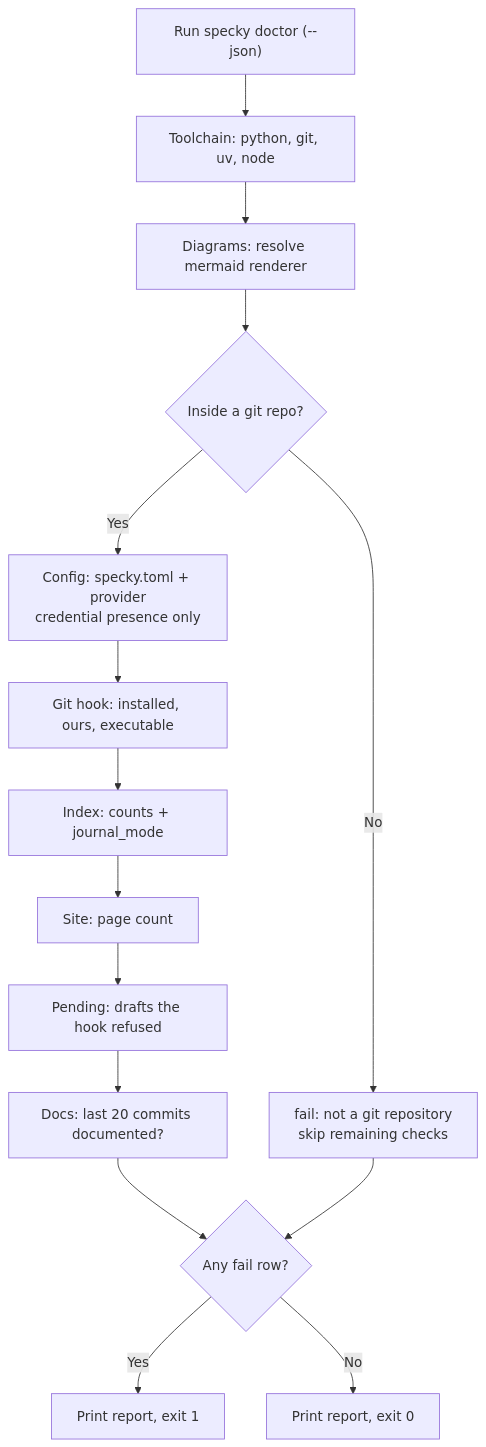
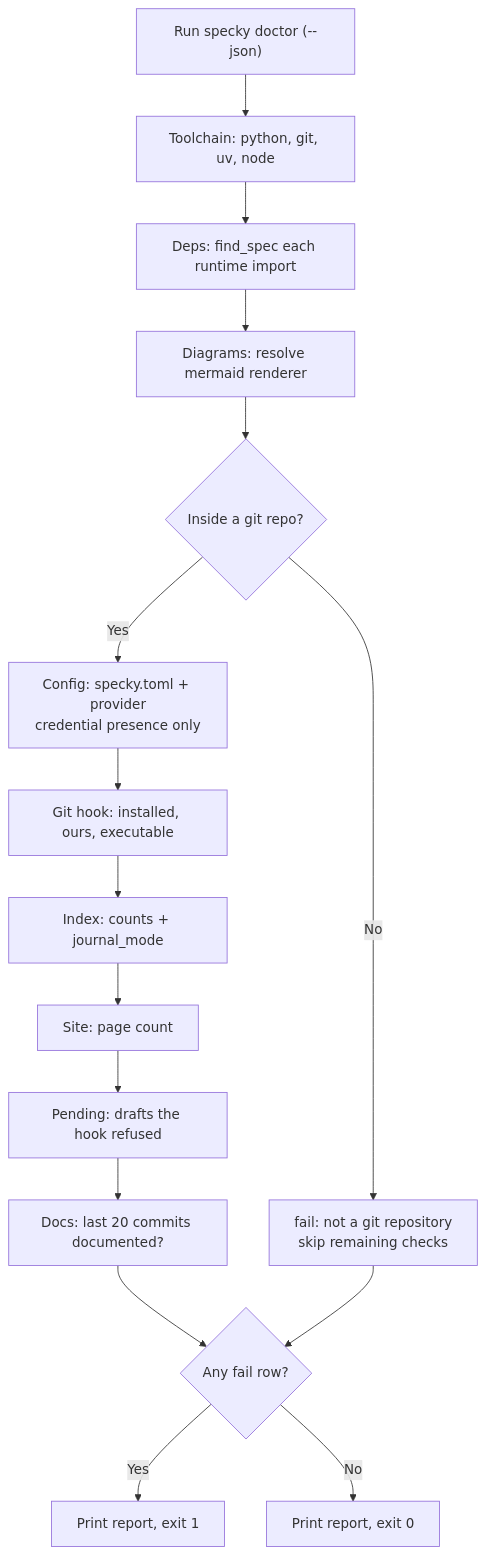
The diagram in specs/cli/doctor.md (danyyacoub/specky), drawn with Mermaid before and after one commit. The commit also changed other lines of this file and 8 other files, not shown here.

````diff
--- a/specs/cli/doctor.md
+++ b/specs/cli/doctor.md
@@ -61,17 +71,18 @@
 ```mermaid
 flowchart TD
     A["Run specky doctor (--json)"] --> B["Toolchain: python, git, uv, node"]
-    B --> C["Diagrams: resolve mermaid renderer"]
+    B --> N["Deps: find_spec each runtime import"]
+    N --> C["Diagrams: resolve mermaid renderer"]
     C --> D{"Inside a git repo?"}
     D -->|No| E["fail: not a git repository<br/>skip remaining checks"]
     D -->|Yes| F["Config: specky.toml + provider<br/>credential presence only"]
     F --> G["Git hook: installed, ours, executable"]
     G --> H["Index: counts + journal_mode"]
     H --> I["Site: page count"]
     I --> P["Pending: drafts the hook refused"]
     P --> J["Docs: last 20 commits documented?"]
     J --> K{"Any fail row?"}
     E --> K
     K -->|Yes| L["Print report, exit 1"]
     K -->|No| M["Print report, exit 0"]
 ```
````
